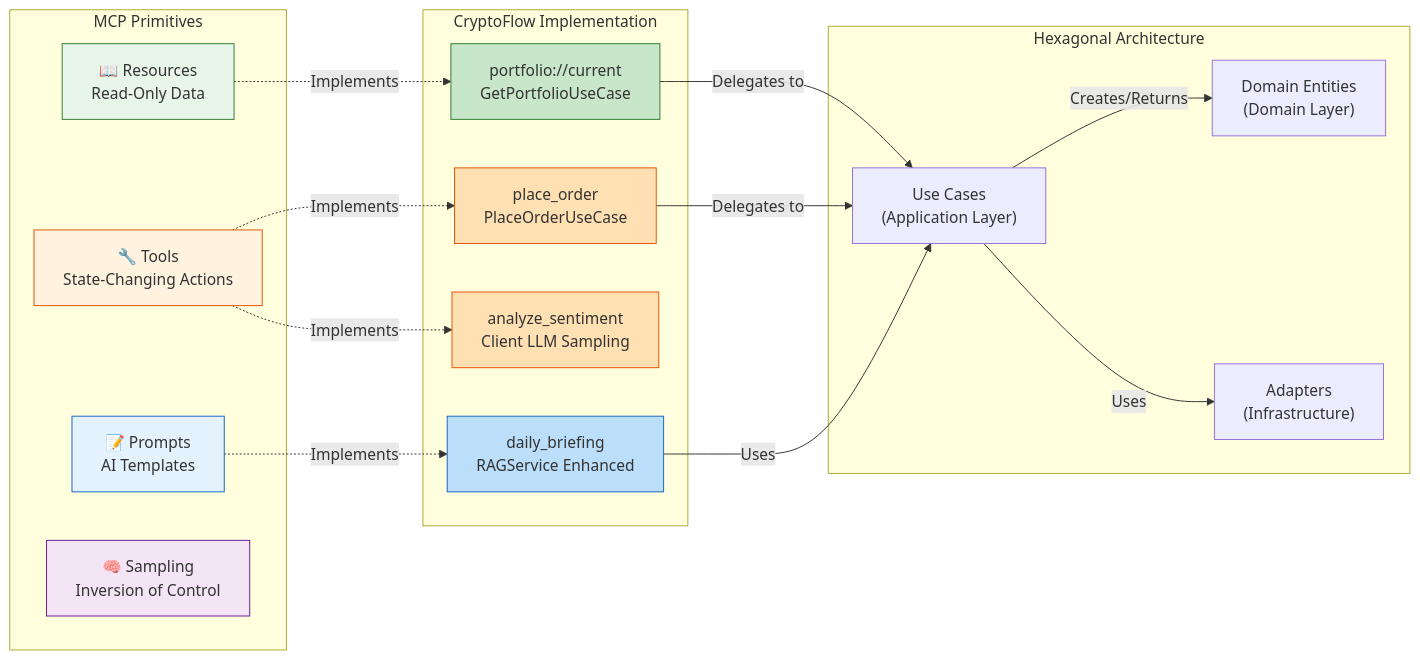
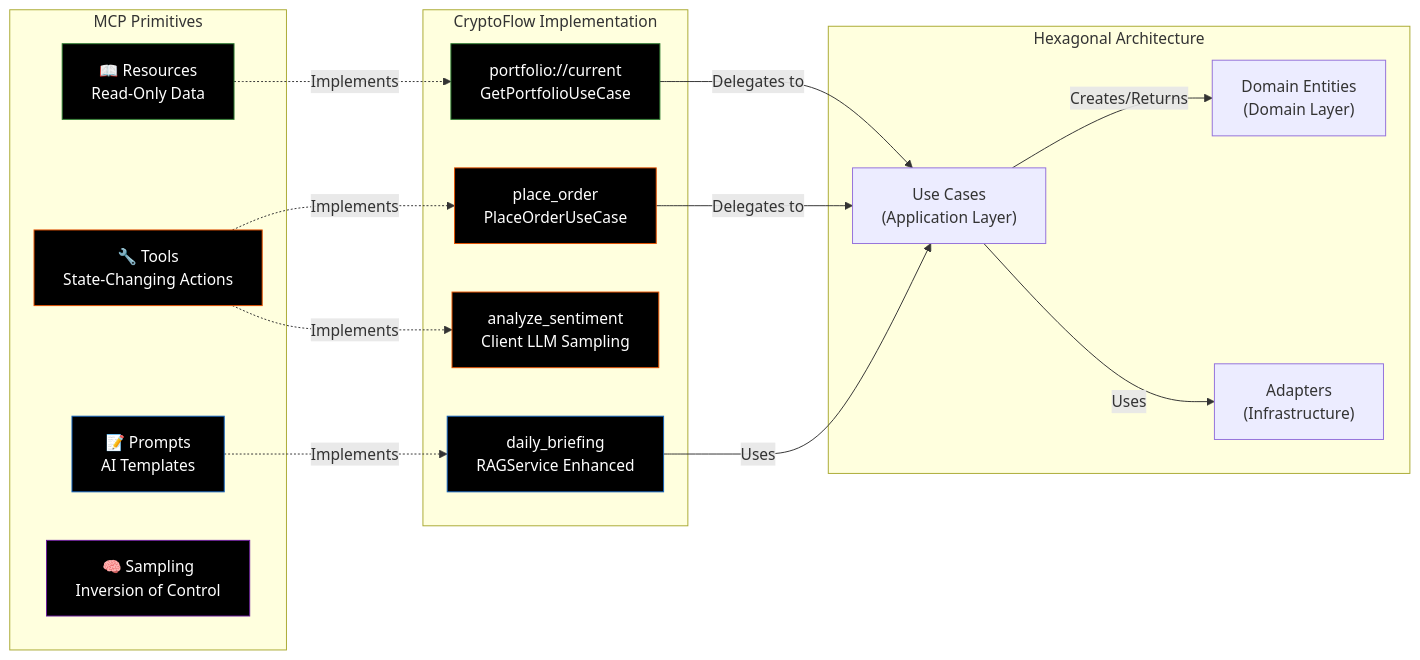
The diagram in docs/documentation/diagrams/ai/mcp_primitives.mmd (pabloarancibia/cryptoflow), drawn with Mermaid before and after one commit. The commit also changed 4 other files, not shown here.

```diff
--- a/docs/documentation/diagrams/ai/mcp_primitives.mmd
+++ b/docs/documentation/diagrams/ai/mcp_primitives.mmd
@@ -1,41 +1,41 @@
 graph LR
     subgraph "MCP Primitives"
         R["📖 Resources<br/>Read-Only Data"]
         T["🔧 Tools<br/>State-Changing Actions"]
         P["📝 Prompts<br/>AI Templates"]
         S["🧠 Sampling<br/>Inversion of Control"]
     end
     
     subgraph "CryptoFlow Implementation"
         R1["portfolio://current<br/>GetPortfolioUseCase"]
         T1["place_order<br/>PlaceOrderUseCase"]
         T2["analyze_sentiment<br/>Client LLM Sampling"]
         P1["daily_briefing<br/>RAGService Enhanced"]
     end
     
     subgraph "Hexagonal Architecture"
         UC["Use Cases<br/>(Application Layer)"]
         DE["Domain Entities<br/>(Domain Layer)"]
         AD["Adapters<br/>(Infrastructure)"]
     end
     
     R -.->|Implements| R1
     T -.->|Implements| T1
     T -.->|Implements| T2
     P -.->|Implements| P1
     
     R1 -->|Delegates to| UC
     T1 -->|Delegates to| UC
     P1 -->|Uses| UC
     
     UC -->|Creates/Returns| DE
     UC -->|Uses| AD
     
-    style R fill:#e8f5e9,stroke:#2e7d32
-    style T fill:#fff3e0,stroke:#e65100
-    style P fill:#e3f2fd,stroke:#1565c0
-    style S fill:#f3e5f5,stroke:#6a1b9a
-    style R1 fill:#c8e6c9,stroke:#2e7d32
-    style T1 fill:#ffe0b2,stroke:#e65100
-    style T2 fill:#ffe0b2,stroke:#e65100
-    style P1 fill:#bbdefb,stroke:#1565c0
+    style R fill:#000,stroke:#2e7d32,color:#fff
+    style T fill:#000,stroke:#e65100,color:#fff
+    style P fill:#000,stroke:#1565c0,color:#fff
+    style S fill:#000,stroke:#6a1b9a,color:#fff
+    style R1 fill:#000,stroke:#2e7d32,color:#fff
+    style T1 fill:#000,stroke:#e65100,color:#fff
+    style T2 fill:#000,stroke:#e65100,color:#fff
+    style P1 fill:#000,stroke:#1565c0,color:#fff
```
